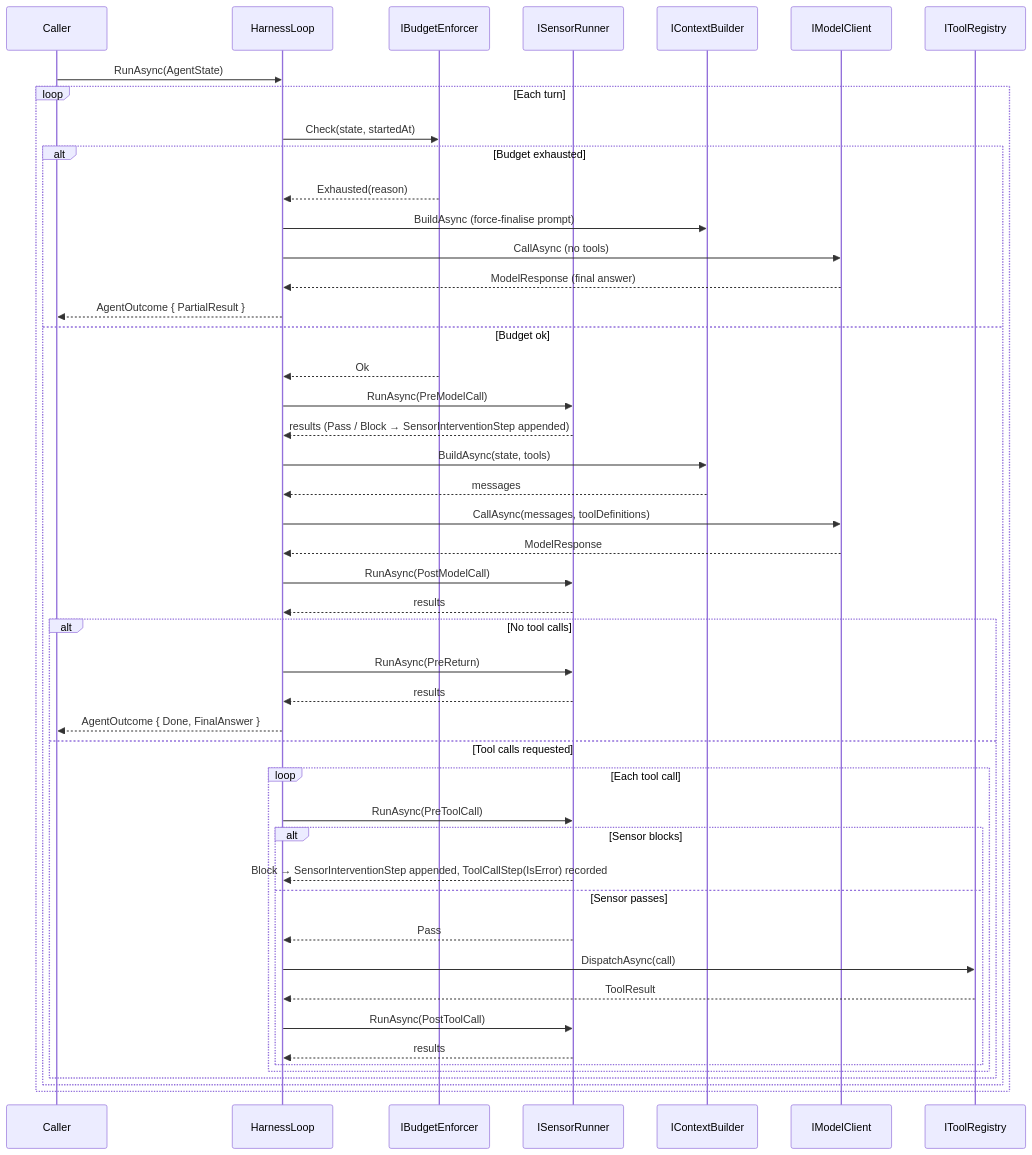
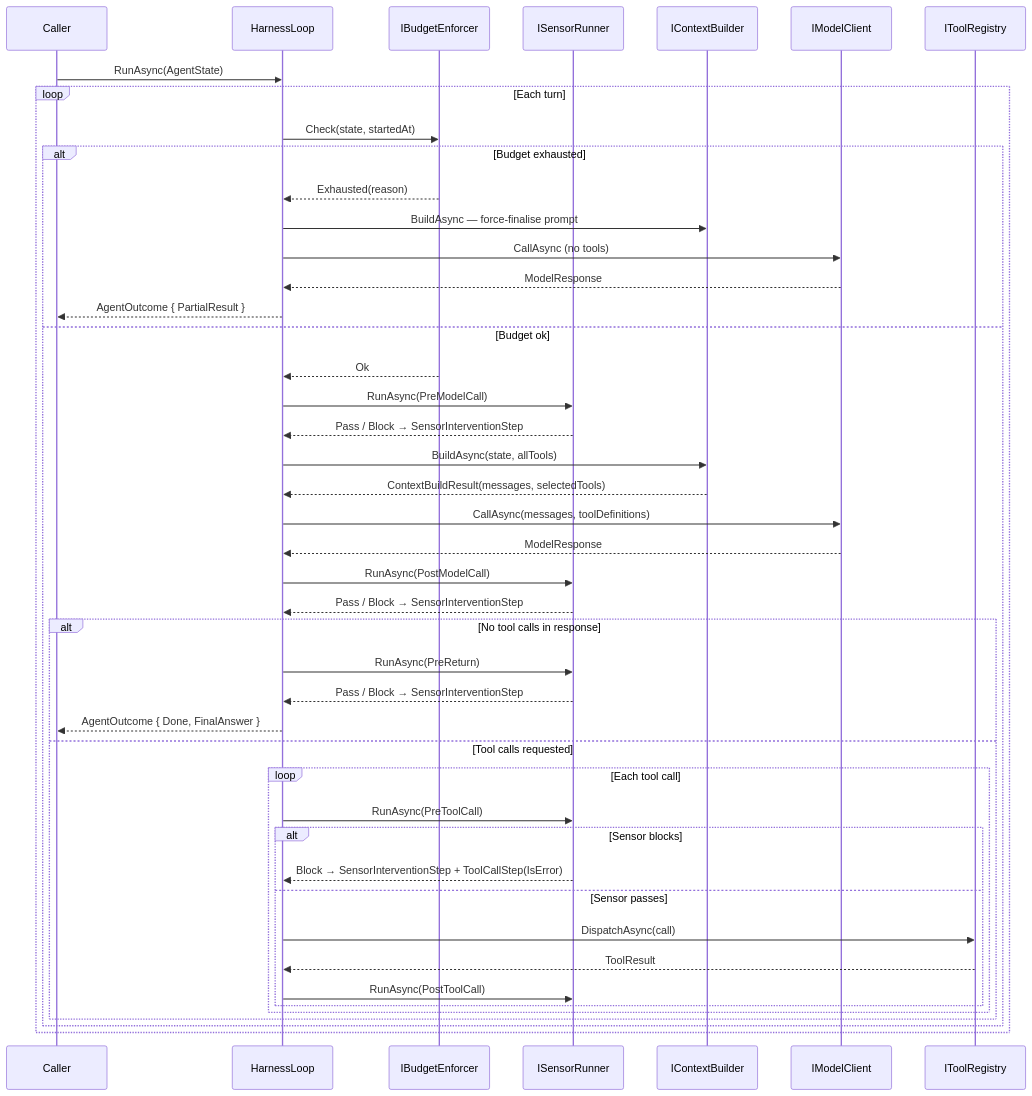
One commit to AnilKerai/model-harness changed the third of 3 diagrams in README.md. Above: the diagram before and after it, drawn with Mermaid. The commit also changed other lines of this file, not shown here.

````diff
--- a/README.md
+++ b/README.md
@@ -43,55 +192,49 @@
 ```mermaid
 sequenceDiagram
     participant C as Caller
     participant L as HarnessLoop
     participant B as IBudgetEnforcer
     participant S as ISensorRunner
     participant CB as IContextBuilder
     participant M as IModelClient
     participant R as IToolRegistry
 
     C->>L: RunAsync(AgentState)
 
     loop Each turn
         L->>B: Check(state, startedAt)
         alt Budget exhausted
             B-->>L: Exhausted(reason)
-            L->>CB: BuildAsync (force-finalise prompt)
+            L->>CB: BuildAsync — force-finalise prompt
             L->>M: CallAsync (no tools)
-            M-->>L: ModelResponse (final answer)
+            M-->>L: ModelResponse
             L-->>C: AgentOutcome { PartialResult }
         else Budget ok
             B-->>L: Ok
-
             L->>S: RunAsync(PreModelCall)
-            S-->>L: results (Pass / Block → SensorInterventionStep appended)
-
-            L->>CB: BuildAsync(state, tools)
-            CB-->>L: messages
+            S-->>L: Pass / Block → SensorInterventionStep
+            L->>CB: BuildAsync(state, allTools)
+            CB-->>L: ContextBuildResult(messages, selectedTools)
             L->>M: CallAsync(messages, toolDefinitions)
             M-->>L: ModelResponse
-
             L->>S: RunAsync(PostModelCall)
-            S-->>L: results
-
-            alt No tool calls
+            S-->>L: Pass / Block → SensorInterventionStep
+            alt No tool calls in response
                 L->>S: RunAsync(PreReturn)
-                S-->>L: results
+                S-->>L: Pass / Block → SensorInterventionStep
                 L-->>C: AgentOutcome { Done, FinalAnswer }
             else Tool calls requested
                 loop Each tool call
                     L->>S: RunAsync(PreToolCall)
                     alt Sensor blocks
-                        S-->>L: Block → SensorInterventionStep appended, ToolCallStep(IsError) recorded
+                        S-->>L: Block → SensorInterventionStep + ToolCallStep(IsError)
                     else Sensor passes
-                        S-->>L: Pass
                         L->>R: DispatchAsync(call)
                         R-->>L: ToolResult
                         L->>S: RunAsync(PostToolCall)
-                        S-->>L: results
                     end
                 end
             end
         end
     end
 ```
````
